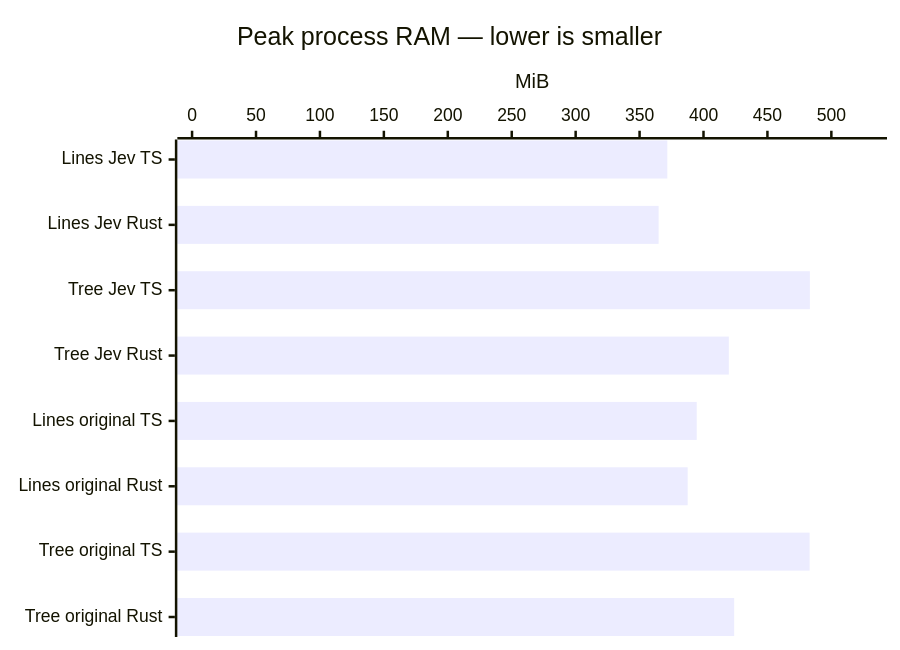
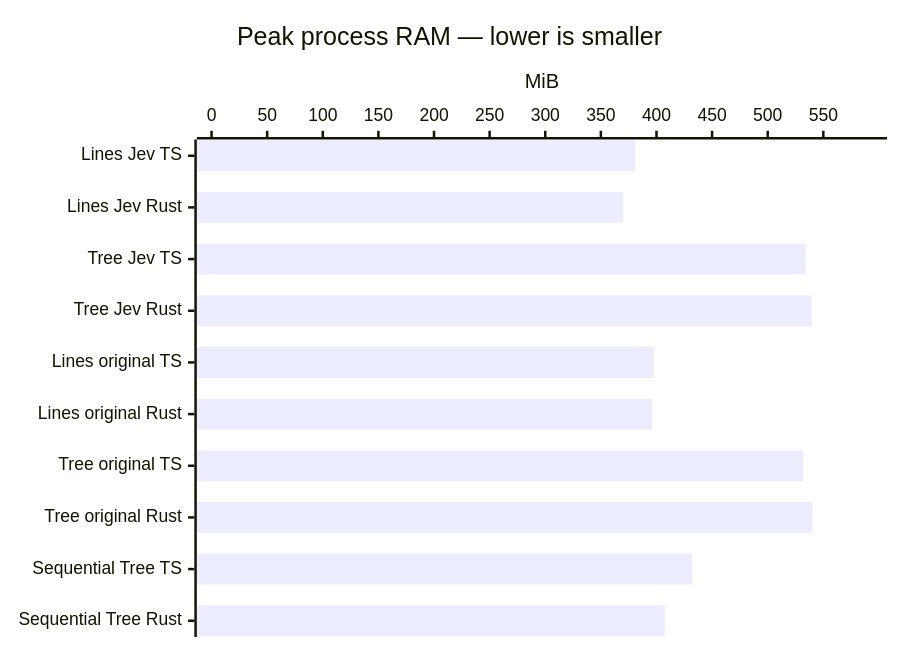
Before and after one commit to kossnocorp/spacer: diagram 12 of 17 in docs/benchmark.md, drawn with Mermaid. The commit also changed other lines of this file and 33 other files, not shown here.

````diff
--- a/docs/benchmark.md
+++ b/docs/benchmark.md
@@ -125,7 +165,7 @@
 ```mermaid
 xychart-beta horizontal
   title "Peak process RAM — lower is smaller"
-  x-axis ["Lines Jev TS", "Lines Jev Rust", "Tree Jev TS", "Tree Jev Rust", "Lines original TS", "Lines original Rust", "Tree original TS", "Tree original Rust"]
-  y-axis "MiB" 0 --> 532
-  bar [371.7, 364.9, 483.2, 419.8, 394.7, 387.6, 483, 424]
+  x-axis ["Lines Jev TS", "Lines Jev Rust", "Tree Jev TS", "Tree Jev Rust", "Lines original TS", "Lines original Rust", "Tree original TS", "Tree original Rust", "Sequential Tree TS", "Sequential Tree Rust"]
+  y-axis "MiB" 0 --> 594
+  bar [381.1, 370.1, 534.1, 539.6, 397.7, 396, 531.8, 540, 432, 407.4]
 ```
````
